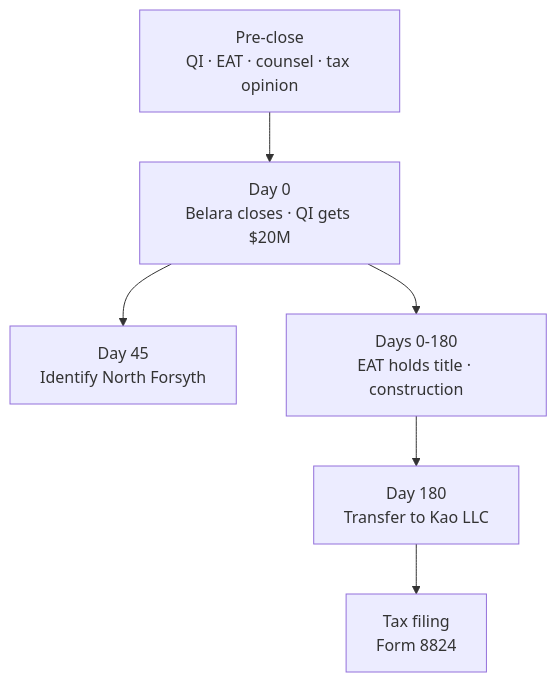
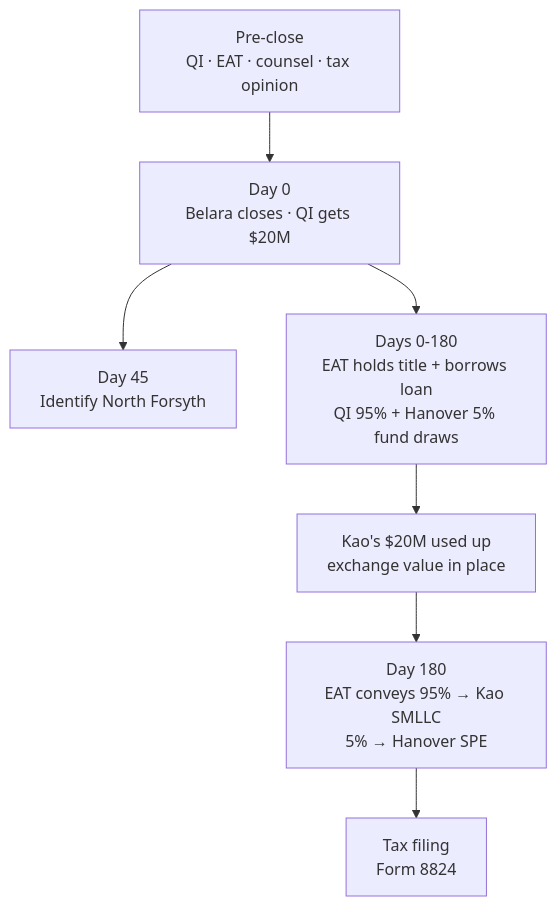
Before and after one commit to EthanCow/North-Forsyth-1031-Diagrams: the third of 6 diagrams in North_Forsyth_1031_Diagrams.md, drawn with Mermaid. The commit also changed other lines of this file and 1 other file, not shown here.

First line of the commit message:
Correct funding flow and Day 180 conveyance; add structure and liability detail.

````diff
--- a/North_Forsyth_1031_Diagrams.md
+++ b/North_Forsyth_1031_Diagrams.md
@@ -72,12 +123,13 @@
 ```mermaid
 flowchart TB
     A["Pre-close\nQI · EAT · counsel · tax opinion"]
     B["Day 0\nBelara closes · QI gets $20M"]
     C["Day 45\nIdentify North Forsyth"]
-    D["Days 0-180\nEAT holds title · construction"]
-    E["Day 180\nTransfer to Kao LLC"]
+    D["Days 0-180\nEAT holds title + borrows loan\nQI 95% + Hanover 5% fund draws"]
+    G["Kao's $20M used up\nexchange value in place"]
+    E["Day 180\nEAT conveys 95% → Kao SMLLC\n5% → Hanover SPE"]
     F["Tax filing\nForm 8824"]
 
     A --> B --> C
-    B --> D --> E --> F
+    B --> D --> G --> E --> F
 ```
````
